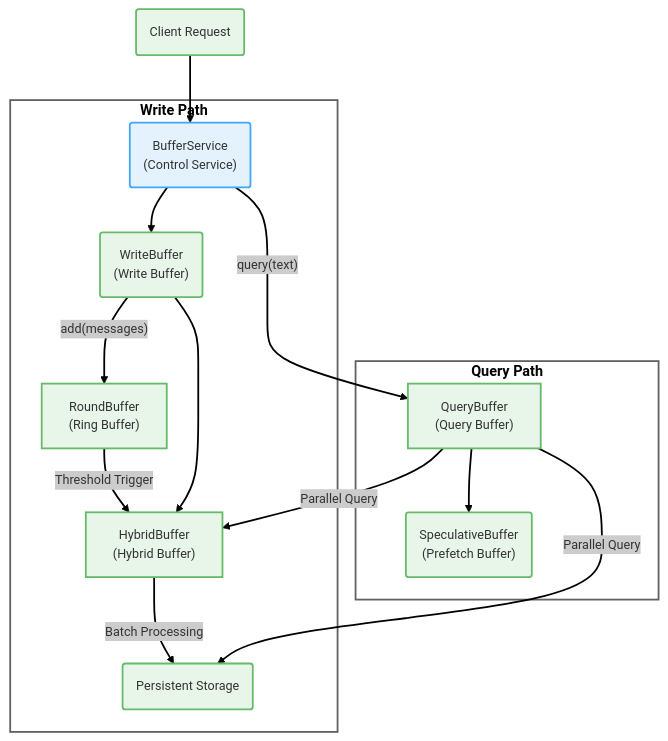
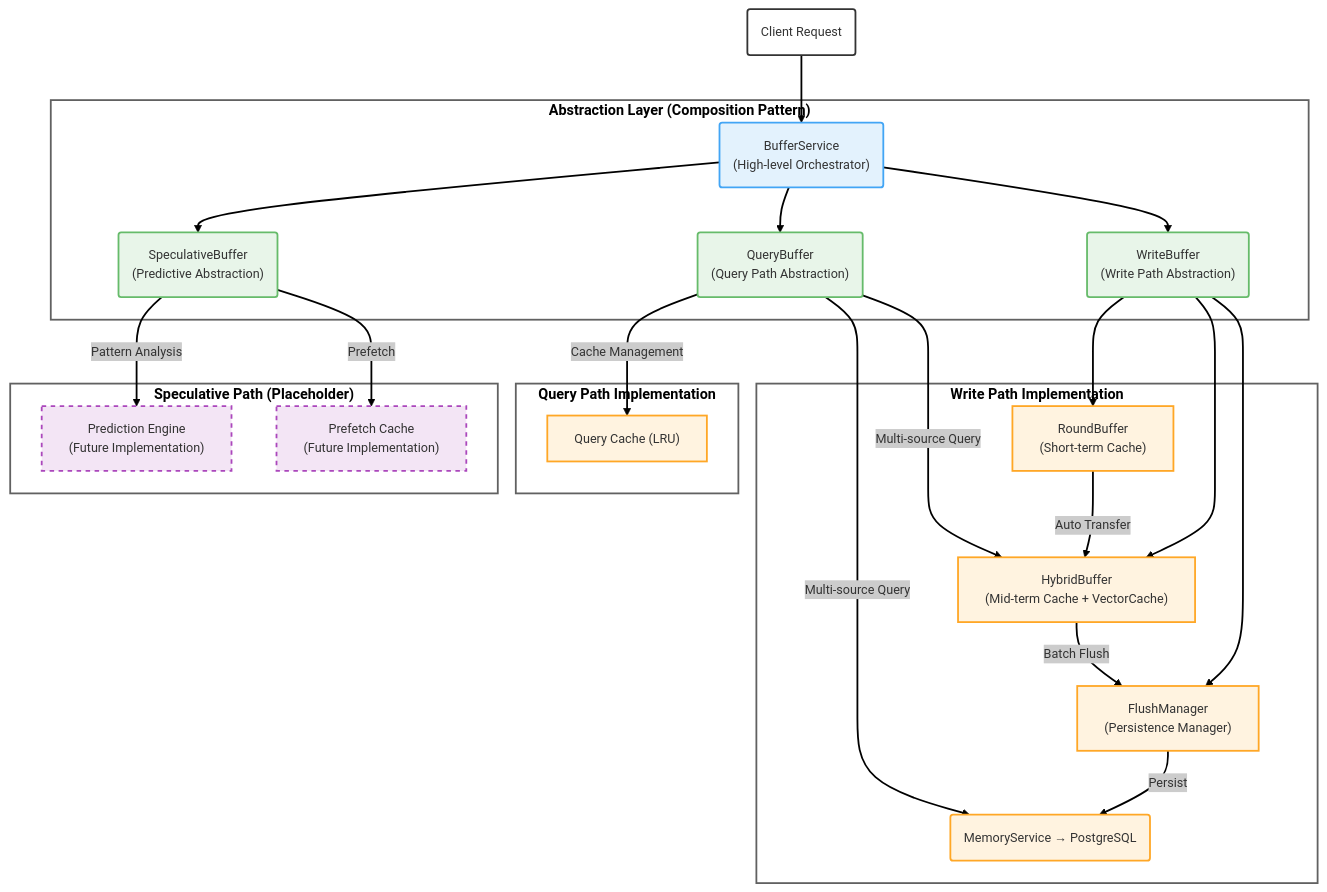
Before and after one commit to memfuse/memfuse: the fifth of 25 diagrams in docs/architecture/buffer.md, drawn with Mermaid. The commit also changed other lines of this file and 13 other files, not shown here.

First line of the commit message:
refactor(buffer): implement comprehensive architecture refactoring with abstraction layers

````diff
--- a/docs/architecture/buffer.md
+++ b/docs/architecture/buffer.md
@@ -190,31 +196,52 @@
 ```mermaid
 ---
 config:
   theme: neo
 ---
 graph TD
-    Client("Client Request") --> BufferService("BufferService<br/>(Control Service)")
-    subgraph write_path ["Write Path"]
-        RoundBuffer -- "Threshold Trigger" --> HybridBuffer["HybridBuffer<br/>(Hybrid Buffer)"]
-        HybridBuffer -- "Batch Processing" --> Storage("Persistent Storage")
-        BufferService --> WriteBuffer("WriteBuffer<br/>(Write Buffer)")
-        WriteBuffer("WriteBuffer<br/>(Write Buffer)") -- "add(messages)" --> RoundBuffer["RoundBuffer<br/>(Ring Buffer)"]
-        WriteBuffer --> HybridBuffer
+    Client("Client Request") --> BufferService("BufferService<br/>(High-level Orchestrator)")
 
-        %% QueryBuffer -.-> SpeculativeBuffer("SpeculativeBuffer<br/>(Prefetch Buffer)")
+    subgraph abstraction_layer ["Abstraction Layer (Composition Pattern)"]
+        BufferService --> WriteBuffer("WriteBuffer<br/>(Write Path Abstraction)")
+        BufferService --> QueryBuffer("QueryBuffer<br/>(Query Path Abstraction)")
+        BufferService --> SpeculativeBuffer("SpeculativeBuffer<br/>(Predictive Abstraction)")
     end
-    subgraph query_path ["Query Path"]
-        BufferService -- "query(text)" --> QueryBuffer["QueryBuffer<br/>(Query Buffer)"]
-        QueryBuffer -- "Parallel Query" --> HybridBuffer
-        QueryBuffer -- "Parallel Query" --> Storage
-        QueryBuffer --> SpeculativeBuffer("SpeculativeBuffer<br/>(Prefetch Buffer)")
+
+    subgraph write_implementation ["Write Path Implementation"]
+        WriteBuffer --> RoundBuffer["RoundBuffer<br/>(Short-term Cache)"]
+        WriteBuffer --> HybridBuffer["HybridBuffer<br/>(Mid-term Cache + VectorCache)"]
+        WriteBuffer --> FlushManager["FlushManager<br/>(Persistence Manager)"]
+
+        RoundBuffer -- "Auto Transfer" --> HybridBuffer
+        HybridBuffer -- "Batch Flush" --> FlushManager
+        FlushManager -- "Persist" --> Storage("MemoryService → PostgreSQL")
     end
+
+    subgraph query_implementation ["Query Path Implementation"]
+        QueryBuffer -- "Multi-source Query" --> HybridBuffer
+        QueryBuffer -- "Multi-source Query" --> Storage
+        QueryBuffer -- "Cache Management" --> QueryCache["Query Cache (LRU)"]
+    end
+
+    subgraph speculative_implementation ["Speculative Path (Placeholder)"]
+        SpeculativeBuffer -- "Pattern Analysis" --> PredictionEngine["Prediction Engine<br/>(Future Implementation)"]
+        SpeculativeBuffer -- "Prefetch" --> PrefetchCache["Prefetch Cache<br/>(Future Implementation)"]
+    end
+
     classDef default fill:#fff,stroke:#333,stroke-width:2px,font-size:14px,white-space:nowrap;
     classDef header_style stroke:#616161,stroke-width:2px,color:black,font-weight:bold,font-size:16px,white-space:nowrap;
     classDef service_node fill:#E3F2FD,stroke:#42A5F5;
-    classDef active_node fill:#E8F5E9,stroke:#66BB6A;
+    classDef abstraction_node fill:#E8F5E9,stroke:#66BB6A;
+    classDef implementation_node fill:#FFF3E0,stroke:#FFA726;
+    classDef placeholder_node fill:#F3E5F5,stroke:#AB47BC,stroke-dasharray: 5 5;
+
     class BufferService service_node;
-    class RoundBuffer,HybridBuffer,QueryBuffer,Storage,Client,WriteBuffer,SpeculativeBuffer active_node;
-    write_path:::header_style;
-    query_path:::header_style;
+    class WriteBuffer,QueryBuffer,SpeculativeBuffer abstraction_node;
+    class RoundBuffer,HybridBuffer,FlushManager,QueryCache,Storage implementation_node;
+    class PredictionEngine,PrefetchCache placeholder_node;
+
+    abstraction_layer:::header_style;
+    write_implementation:::header_style;
+    query_implementation:::header_style;
+    speculative_implementation:::header_style;
 ```
````
